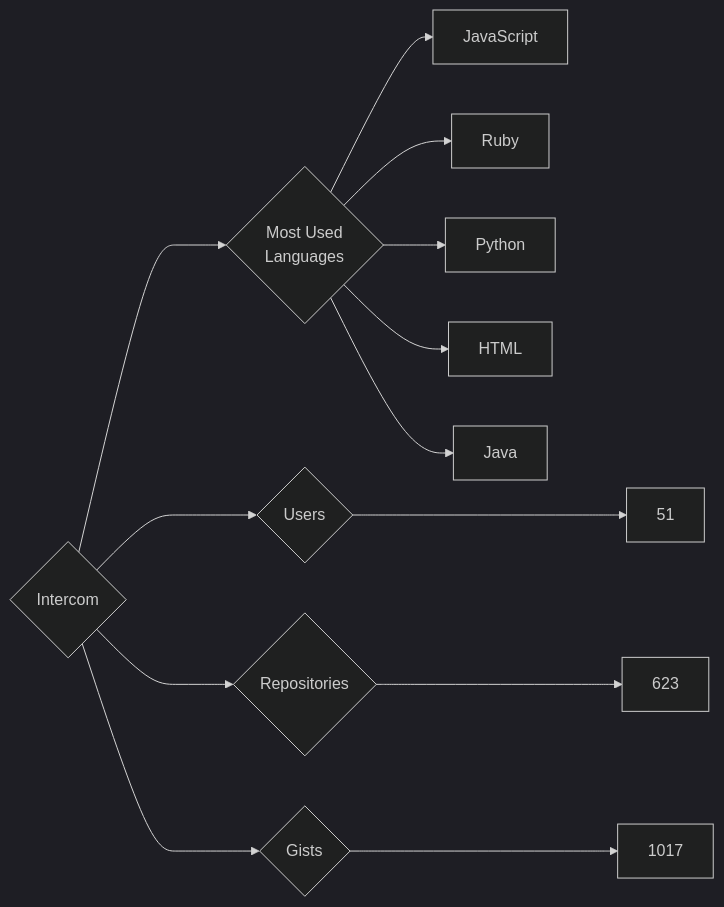
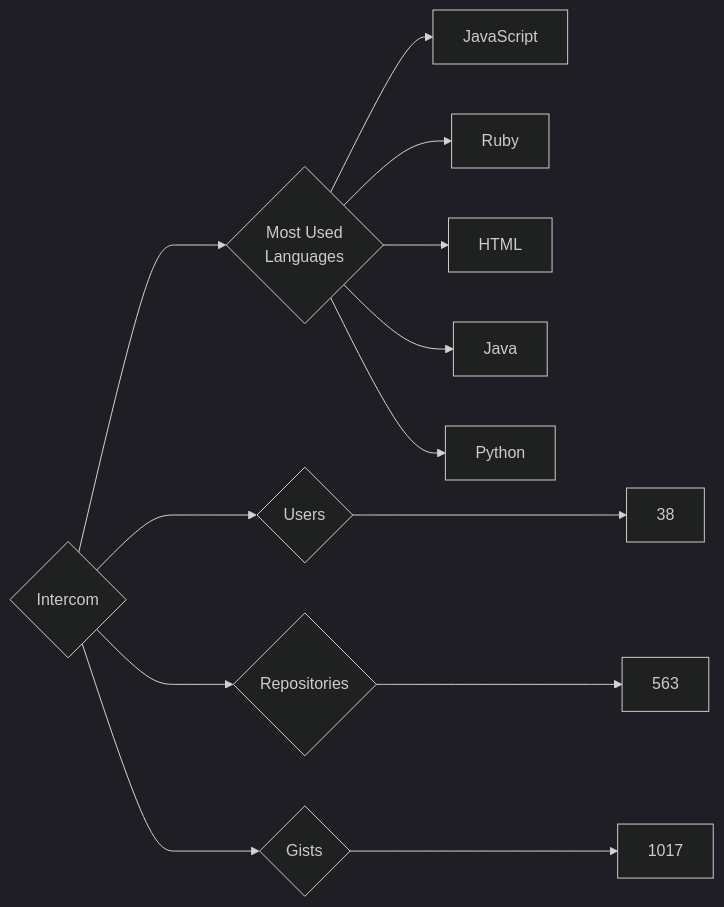
Before and after one commit to trickest/insiders: the diagram in targets/Intercom/README.md, drawn with Mermaid (dark theme). The commit also changed 681 other files, not shown here.

````diff
--- a/targets/Intercom/README.md
+++ b/targets/Intercom/README.md
@@ -3,13 +3,13 @@
 ```mermaid
 graph LR
 COMPANY_NAME{Intercom}
-COMPANY_NAME ---> U{Users} ---> UN[51]
-COMPANY_NAME ---> R{Repositories} ---> RN[623]
+COMPANY_NAME ---> U{Users} ---> UN[38]
+COMPANY_NAME ---> R{Repositories} ---> RN[563]
 COMPANY_NAME ---> G{Gists} ---> GN[1017]
 COMPANY_NAME ---> ML{Most Used<br>Languages}
 ML --> JavaScript[JavaScript]
 ML --> Ruby[Ruby]
-ML --> Python[Python]
 ML --> HTML[HTML]
 ML --> Java[Java]
+ML --> Python[Python]
 ```
````
